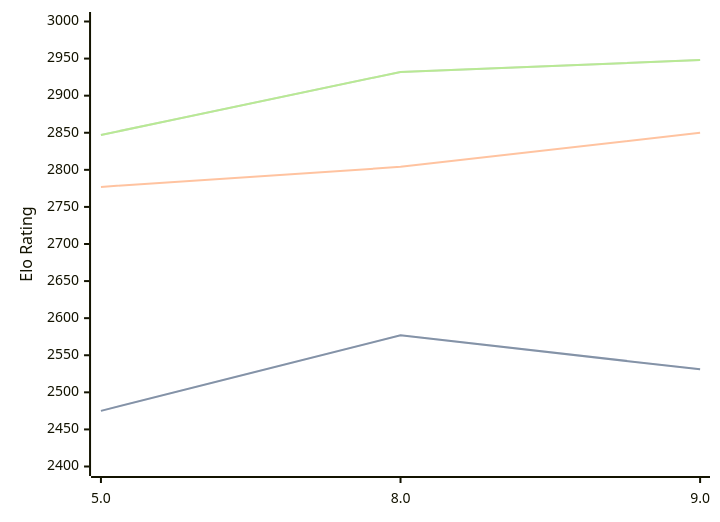
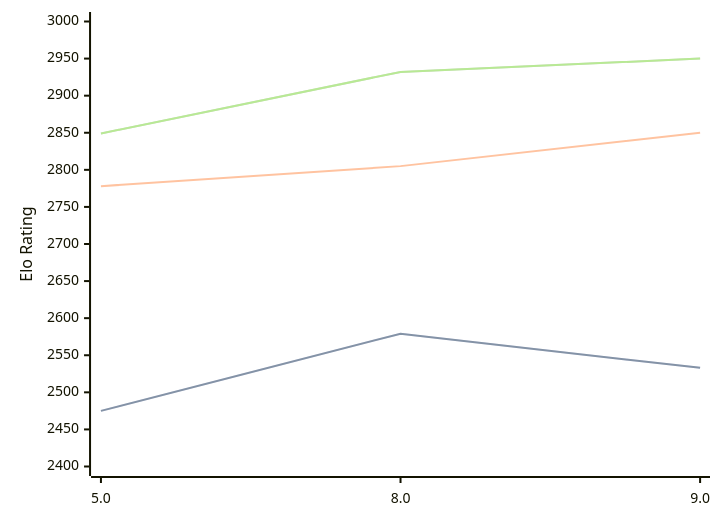
The first of 3 diagrams in engines/4kc.md (computer-chess-index/cci), drawn with Mermaid before and after one commit. The commit also changed other lines of this file, not shown here.

Commit message:
Update CCI Ratings (ELO VLTC) - 2026-06-24

````diff
--- a/engines/4kc.md
+++ b/engines/4kc.md
@@ -42,11 +42,11 @@
 ```mermaid
 %%{init: {"theme":"base","themeVariables":{"seriesColors:['#a3a3a3','#222221','#faa371']}}}%%
 xychart-beta
   x-axis ["5.0", "8.0", "9.0"]
   y-axis "Elo Rating" 2400 --> 3000
-  line "STC (8.0+0.08s)" [2475, 2577, 2531]
-  line "STC (8.0+0.08s)" [2475, 2577, 2531]
-  line "LTC (60.0+0.60s)" [2777, 2804, 2850]
-  line "VLTC (2m24s+1.12s)" [2847, 2932, 2948]
-  line "VLTC (2m24s+1.12s)" [2847, 2932, 2948]
+  line "STC (8.0+0.08s)" [2475, 2579, 2533]
+  line "STC (8.0+0.08s)" [2475, 2579, 2533]
+  line "LTC (60.0+0.60s)" [2778, 2805, 2850]
+  line "VLTC (2m24s+1.12s)" [2849, 2932, 2950]
+  line "VLTC (2m24s+1.12s)" [2849, 2932, 2950]
 ```
````
